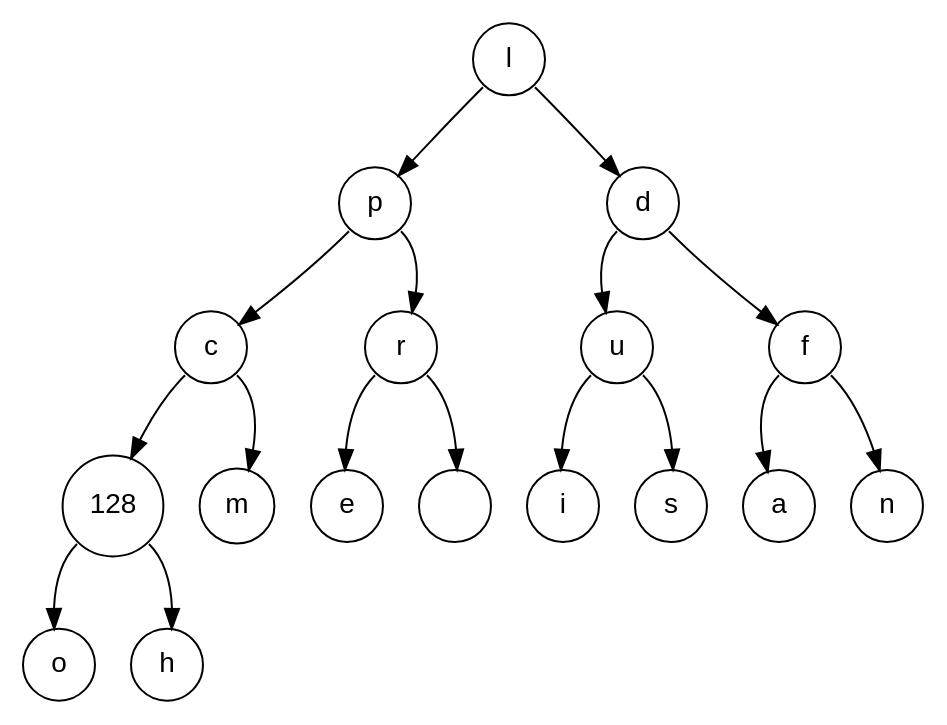
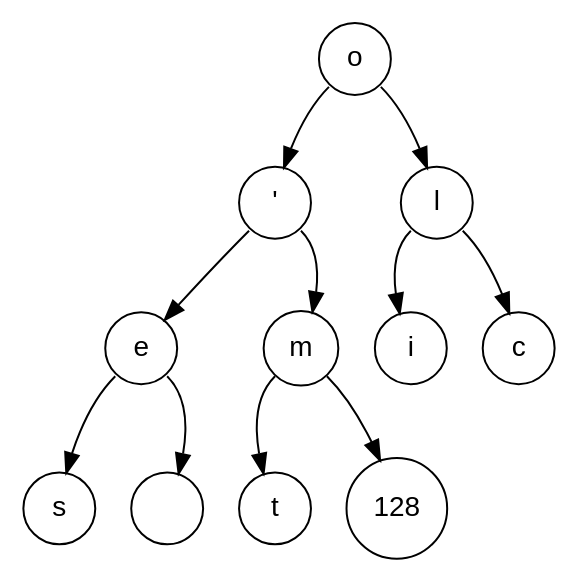
The diagram in fichiers_viz/minimier_etape_1.dot (Procuste34/codage_huffman_c), drawn with Graphviz before and after one commit. The commit also changed 47 other files, not shown here.

```diff
--- a/fichiers_viz/minimier_etape_1.dot
+++ b/fichiers_viz/minimier_etape_1.dot
@@ -1,36 +1,24 @@
 digraph POT_test {
 node [fontname="Arial", shape="circle", width=0.5];
+111 [label = "o"]
+111:sw -> 39
+111:se -> 108
+39 [label = "'"]
+39:sw -> 101
+39:se -> 109
+101 [label = "e"]
+101:sw -> 115
+101:se -> 32
+115 [label = "s"]
+32 [label = " "]
+109 [label = "m"]
+109:sw -> 116
+109:se -> 128
+116 [label = "t"]
+128 [label = "128"]
 108 [label = "l"]
-108:sw -> 112
-108:se -> 100
-112 [label = "p"]
-112:sw -> 99
-112:se -> 114
+108:sw -> 105
+108:se -> 99
+105 [label = "i"]
 99 [label = "c"]
-99:sw -> 128
-99:se -> 109
-128 [label = "128"]
-128:sw -> 111
-128:se -> 104
-111 [label = "o"]
-104 [label = "h"]
-109 [label = "m"]
-114 [label = "r"]
-114:sw -> 101
-114:se -> 32
-101 [label = "e"]
-32 [label = " "]
-100 [label = "d"]
-100:sw -> 117
-100:se -> 102
-117 [label = "u"]
-117:sw -> 105
-117:se -> 115
-105 [label = "i"]
-115 [label = "s"]
-102 [label = "f"]
-102:sw -> 97
-102:se -> 110
-97 [label = "a"]
-110 [label = "n"]
 }
```
